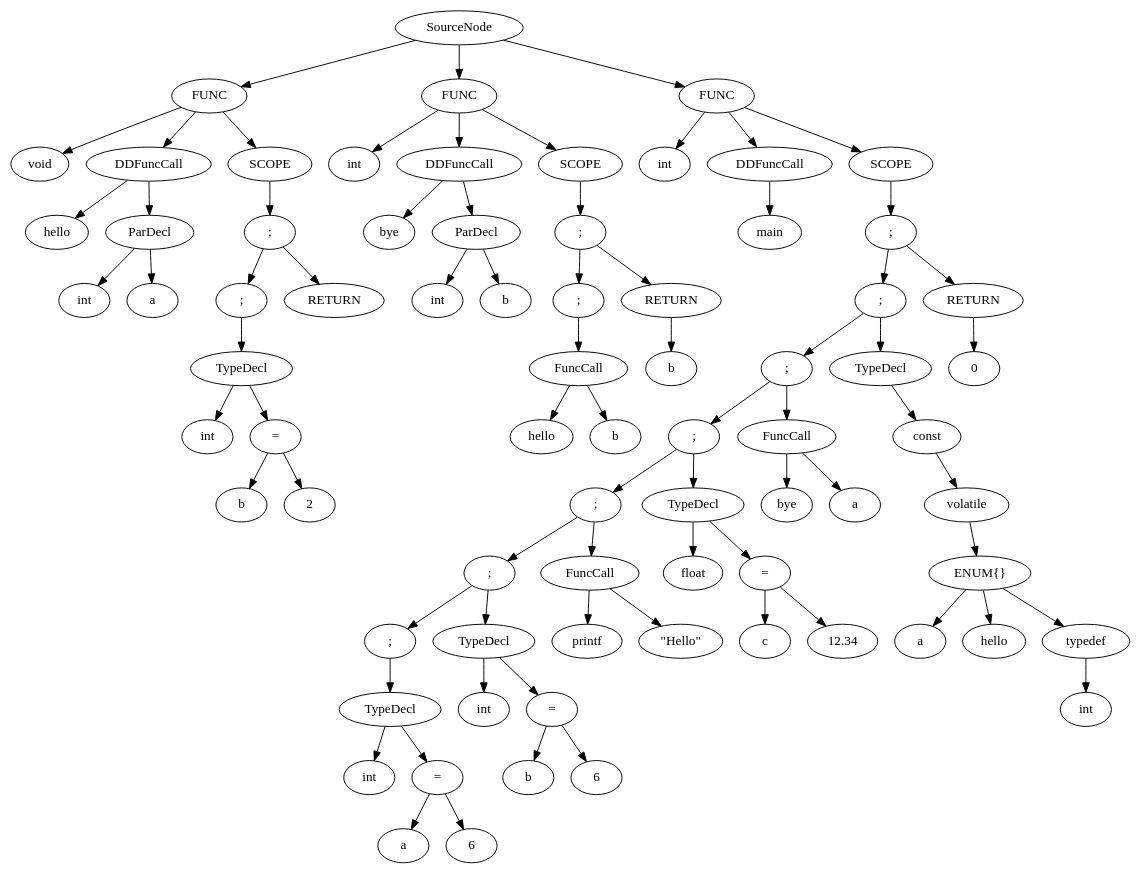
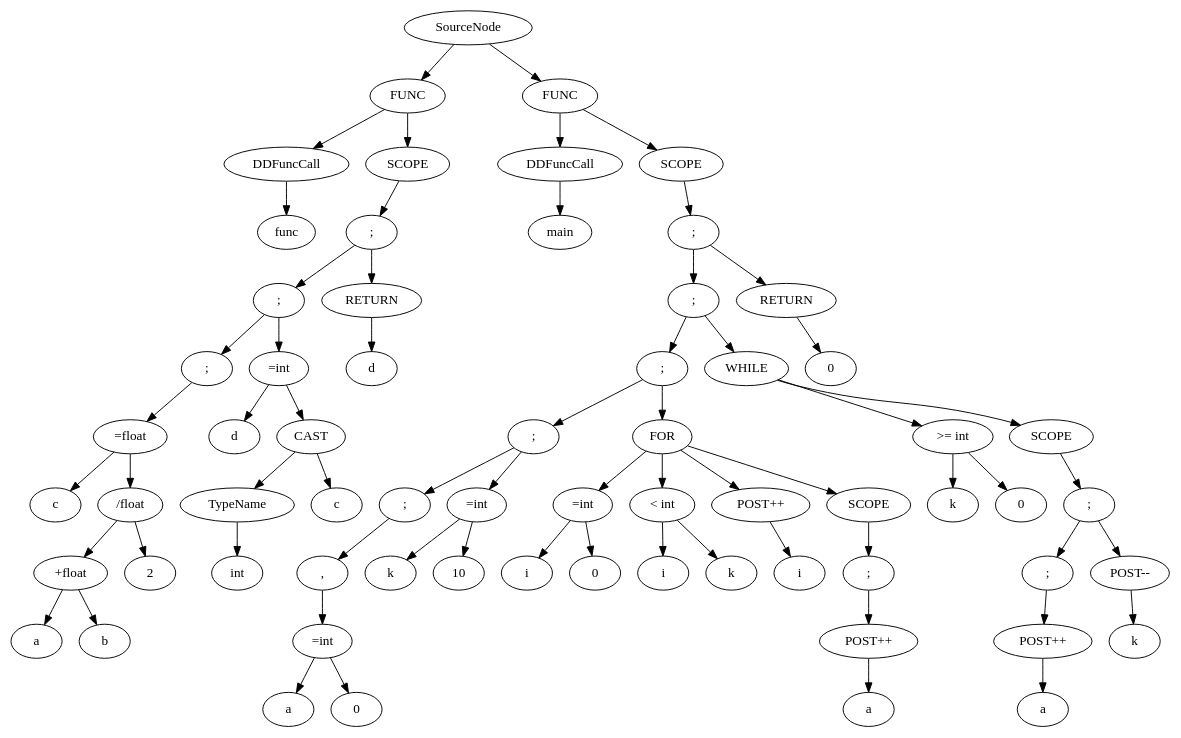
Before and after one commit to SupreethBaliga/Compilers: the diagram in dot/test1.dot, drawn with Graphviz. The commit also changed 16 other files, not shown here.

```diff
--- a/dot/test1.dot
+++ b/dot/test1.dot
@@ -3,261 +3,271 @@
 	node [label="\N"];
 	{
 		graph [rank=same];
-		2	[label=int];
-		3	[label=a];
-		2 -> 3	[style=invis];
+		2		 [label=func];
 	}
 	{
 		graph [rank=same];
-		1	[label=hello];
-		4	[label=ParDecl];
-		1 -> 4	[style=invis];
+		10		 [label=a];
+		11		 [label=b];
+		10 -> 11		 [style=invis];
 	}
 	{
 		graph [rank=same];
-		7	[label=b];
-		8	[label=2];
-		7 -> 8	[style=invis];
+		12		 [label="+float"];
+		13		 [label=2];
+		12 -> 13		 [style=invis];
 	}
 	{
 		graph [rank=same];
-		6	[label=int];
-		9	[label="="];
-		6 -> 9	[style=invis];
+		9		 [label=c];
+		14		 [label="/float"];
+		9 -> 14		 [style=invis];
 	}
 	{
 		graph [rank=same];
-		11	[label=";"];
-		12	[label=RETURN];
-		11 -> 12	[style=invis];
+		15		 [label="=float"];
 	}
 	{
 		graph [rank=same];
-		0	[label=void];
-		5	[label=DDFuncCall];
-		0 -> 5	[style=invis];
-		14	[label=SCOPE];
-		5 -> 14	[style=invis];
+		19		 [label=int];
 	}
 	{
 		graph [rank=same];
-		18	[label=int];
-		19	[label=b];
-		18 -> 19	[style=invis];
+		20		 [label=TypeName];
+		21		 [label=c];
+		20 -> 21		 [style=invis];
 	}
 	{
 		graph [rank=same];
-		17	[label=bye];
-		20	[label=ParDecl];
-		17 -> 20	[style=invis];
+		18		 [label=d];
+		22		 [label=CAST];
+		18 -> 22		 [style=invis];
 	}
 	{
 		graph [rank=same];
-		22	[label=hello];
-		23	[label=b];
-		22 -> 23	[style=invis];
+		16		 [label=";"];
+		23		 [label="=int"];
+		16 -> 23		 [style=invis];
 	}
 	{
 		graph [rank=same];
-		25	[label=";"];
-		27	[label=RETURN];
-		25 -> 27	[style=invis];
+		25		 [label=d];
 	}
 	{
 		graph [rank=same];
-		16	[label=int];
-		21	[label=DDFuncCall];
-		16 -> 21	[style=invis];
-		29	[label=SCOPE];
-		21 -> 29	[style=invis];
+		24		 [label=";"];
+		26		 [label=RETURN];
+		24 -> 26		 [style=invis];
 	}
 	{
 		graph [rank=same];
-		35	[label=a];
-		36	[label=6];
-		35 -> 36	[style=invis];
+		27		 [label=";"];
 	}
 	{
 		graph [rank=same];
-		34	[label=int];
-		37	[label="="];
-		34 -> 37	[style=invis];
+		7		 [label=DDFuncCall];
+		28		 [label=SCOPE];
+		7 -> 28		 [style=invis];
 	}
 	{
 		graph [rank=same];
-		41	[label=b];
-		42	[label=6];
-		41 -> 42	[style=invis];
+		31		 [label=main];
 	}
 	{
 		graph [rank=same];
-		40	[label=int];
-		43	[label="="];
-		40 -> 43	[style=invis];
+		35		 [label=a];
+		36		 [label=0];
+		35 -> 36		 [style=invis];
 	}
 	{
 		graph [rank=same];
-		39	[label=";"];
-		44	[label=TypeDecl];
-		39 -> 44	[style=invis];
+		37		 [label="=int"];
 	}
 	{
 		graph [rank=same];
-		46	[label=printf];
-		47	[label="\"Hello\""];
-		46 -> 47	[style=invis];
+		38		 [label=","];
 	}
 	{
 		graph [rank=same];
-		45	[label=";"];
-		48	[label=FuncCall];
-		45 -> 48	[style=invis];
+		40		 [label=k];
+		42		 [label=10];
+		40 -> 42		 [style=invis];
 	}
 	{
 		graph [rank=same];
-		51	[label=c];
-		52	[label=12.34];
-		51 -> 52	[style=invis];
+		39		 [label=";"];
+		41		 [label="=int"];
+		39 -> 41		 [style=invis];
 	}
 	{
 		graph [rank=same];
-		50	[label=float];
-		53	[label="="];
-		50 -> 53	[style=invis];
+		45		 [label=i];
+		46		 [label=0];
+		45 -> 46		 [style=invis];
 	}
 	{
 		graph [rank=same];
-		49	[label=";"];
-		54	[label=TypeDecl];
-		49 -> 54	[style=invis];
+		48		 [label=i];
+		49		 [label=k];
+		48 -> 49		 [style=invis];
 	}
 	{
 		graph [rank=same];
-		56	[label=bye];
-		57	[label=a];
-		56 -> 57	[style=invis];
+		51		 [label=i];
 	}
 	{
 		graph [rank=same];
-		55	[label=";"];
-		58	[label=FuncCall];
-		55 -> 58	[style=invis];
+		53		 [label=a];
 	}
 	{
 		graph [rank=same];
-		62	[label=hello];
-		64	[label=a];
-		64 -> 62	[style=invis];
+		54		 [label="POST++"];
 	}
 	{
 		graph [rank=same];
-		59	[label=";"];
-		67	[label=TypeDecl];
-		59 -> 67	[style=invis];
+		55		 [label=";"];
 	}
 	{
 		graph [rank=same];
-		68	[label=";"];
-		70	[label=RETURN];
-		68 -> 70	[style=invis];
+		47		 [label="=int"];
+		50		 [label="< int"];
+		47 -> 50		 [style=invis];
+		52		 [label="POST++"];
+		50 -> 52		 [style=invis];
+		56		 [label=SCOPE];
+		52 -> 56		 [style=invis];
 	}
 	{
 		graph [rank=same];
-		31	[label=int];
-		33	[label=DDFuncCall];
-		31 -> 33	[style=invis];
-		72	[label=SCOPE];
-		33 -> 72	[style=invis];
+		43		 [label=";"];
+		57		 [label=FOR];
+		43 -> 57		 [style=invis];
 	}
-	4 -> 2;
-	4 -> 3;
-	5 -> 1;
-	5 -> 4;
-	9 -> 7;
-	9 -> 8;
-	10	[label=TypeDecl];
-	10 -> 6;
-	10 -> 9;
-	11 -> 10;
-	13	[label=";"];
-	13 -> 11;
-	13 -> 12;
+	{
+		graph [rank=same];
+		59		 [label=k];
+		60		 [label=0];
+		59 -> 60		 [style=invis];
+	}
+	{
+		graph [rank=same];
+		64		 [label=a];
+	}
+	{
+		graph [rank=same];
+		65		 [label="POST++"];
+	}
+	{
+		graph [rank=same];
+		67		 [label=k];
+	}
+	{
+		graph [rank=same];
+		66		 [label=";"];
+		68		 [label="POST--"];
+		66 -> 68		 [style=invis];
+	}
+	{
+		graph [rank=same];
+		69		 [label=";"];
+	}
+	{
+		graph [rank=same];
+		61		 [label=">= int"];
+		70		 [label=SCOPE];
+		61 -> 70		 [style=invis];
+	}
+	{
+		graph [rank=same];
+		58		 [label=";"];
+		71		 [label=WHILE];
+		58 -> 71		 [style=invis];
+	}
+	{
+		graph [rank=same];
+		73		 [label=0];
+	}
+	{
+		graph [rank=same];
+		72		 [label=";"];
+		74		 [label=RETURN];
+		72 -> 74		 [style=invis];
+	}
+	{
+		graph [rank=same];
+		75		 [label=";"];
+	}
+	{
+		graph [rank=same];
+		32		 [label=DDFuncCall];
+		76		 [label=SCOPE];
+		32 -> 76		 [style=invis];
+	}
+	0	 [label=SourceNode];
+	29	 [label=FUNC];
+	0 -> 29;
+	77	 [label=FUNC];
+	0 -> 77;
+	7 -> 2;
+	12 -> 10;
+	12 -> 11;
+	14 -> 12;
 	14 -> 13;
-	15	[label=FUNC];
-	15 -> 0;
-	15 -> 5;
+	15 -> 9;
 	15 -> 14;
-	SourceNode -> 15;
-	30	[label=FUNC];
-	SourceNode -> 30;
-	73	[label=FUNC];
-	SourceNode -> 73;
-	20 -> 18;
+	16 -> 15;
 	20 -> 19;
-	21 -> 17;
-	21 -> 20;
-	24	[label=FuncCall];
-	24 -> 22;
+	22 -> 20;
+	22 -> 21;
+	23 -> 18;
+	23 -> 22;
+	24 -> 16;
 	24 -> 23;
-	25 -> 24;
-	26	[label=b];
+	26 -> 25;
+	27 -> 24;
 	27 -> 26;
-	28	[label=";"];
-	28 -> 25;
 	28 -> 27;
+	29 -> 7;
 	29 -> 28;
-	30 -> 16;
-	30 -> 21;
-	30 -> 29;
-	32	[label=main];
-	33 -> 32;
+	32 -> 31;
 	37 -> 35;
 	37 -> 36;
-	38	[label=TypeDecl];
-	38 -> 34;
 	38 -> 37;
 	39 -> 38;
+	41 -> 40;
+	41 -> 42;
+	43 -> 39;
 	43 -> 41;
-	43 -> 42;
-	44 -> 40;
-	44 -> 43;
-	45 -> 39;
-	45 -> 44;
-	48 -> 46;
-	48 -> 47;
-	49 -> 45;
-	49 -> 48;
-	53 -> 51;
-	53 -> 52;
-	54 -> 50;
+	47 -> 45;
+	47 -> 46;
+	50 -> 48;
+	50 -> 49;
+	52 -> 51;
 	54 -> 53;
-	55 -> 49;
 	55 -> 54;
-	58 -> 56;
+	56 -> 55;
+	57 -> 47;
+	57 -> 50;
+	57 -> 52;
+	57 -> 56;
+	58 -> 43;
 	58 -> 57;
-	59 -> 55;
-	59 -> 58;
-	60	[label=const];
-	61	[label=volatile];
-	60 -> 61;
-	63	[label="ENUM{}"];
-	61 -> 63;
-	63 -> 62;
-	63 -> 64;
-	65	[label=typedef];
-	63 -> 65;
-	66	[label=int];
-	65 -> 66;
-	67 -> 60;
-	68 -> 59;
+	61 -> 59;
+	61 -> 60;
+	65 -> 64;
+	66 -> 65;
 	68 -> 67;
-	69	[label=0];
+	69 -> 66;
+	69 -> 68;
 	70 -> 69;
-	71	[label=";"];
-	71 -> 68;
+	71 -> 61;
 	71 -> 70;
+	72 -> 58;
 	72 -> 71;
-	73 -> 31;
-	73 -> 33;
-	73 -> 72;
+	74 -> 73;
+	75 -> 72;
+	75 -> 74;
+	76 -> 75;
+	77 -> 32;
+	77 -> 76;
 }
```
